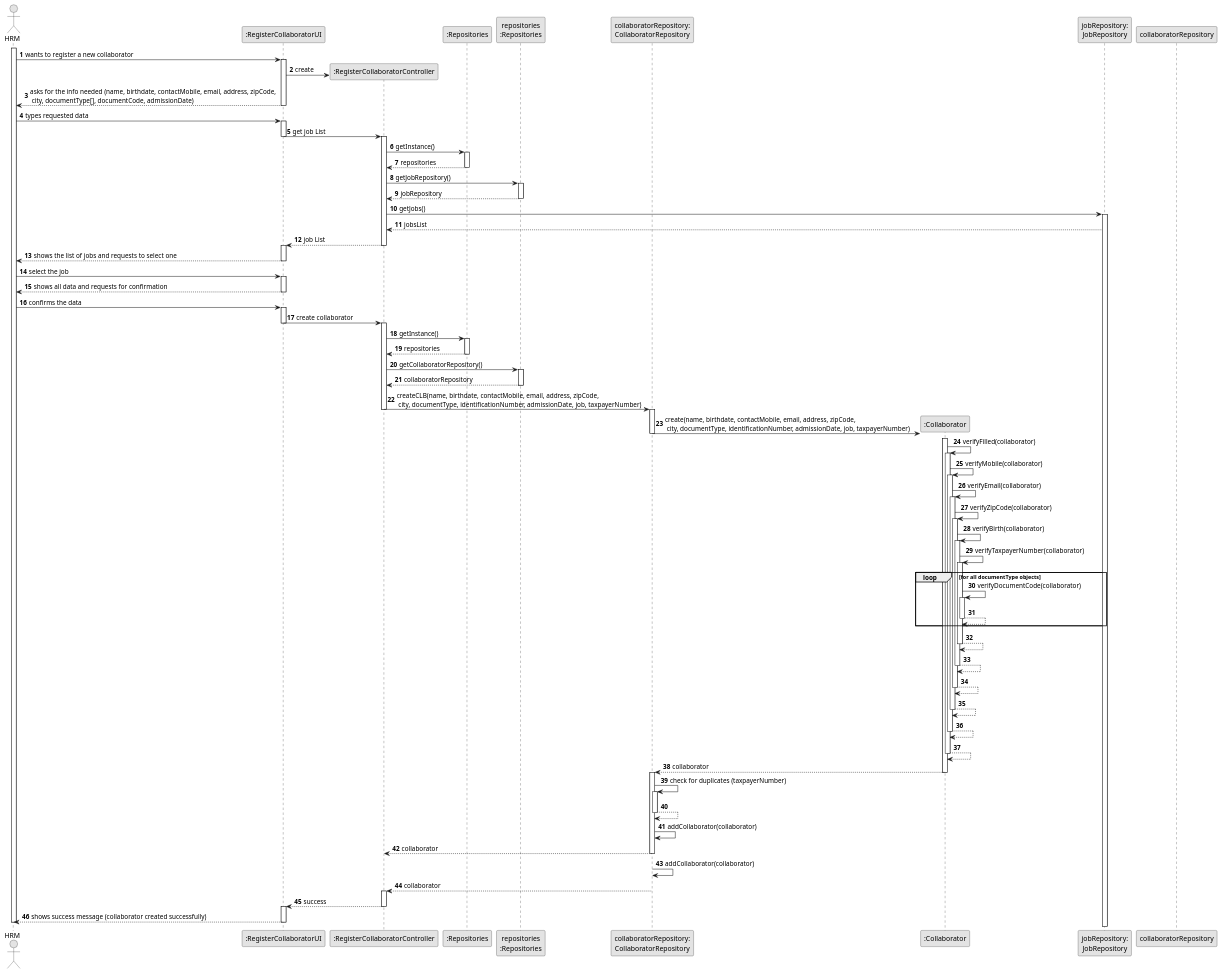
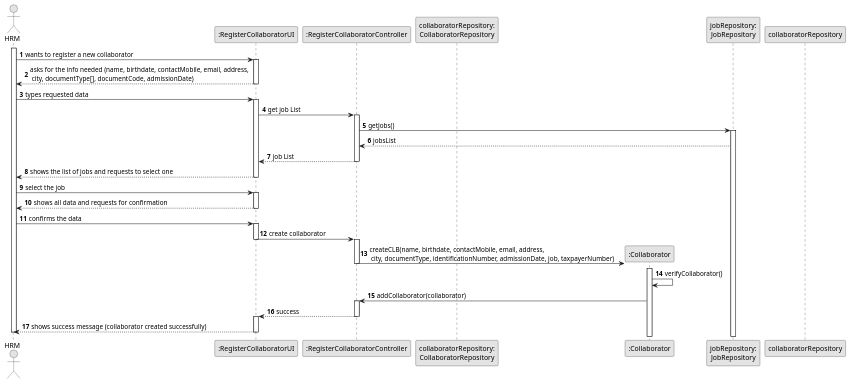
Before and after one commit to RicardoMorim/lapr2-ISEP-Project: the diagram in docs/sprintB/us003/03.design/puml/us003-sequence-diagram-full.puml, drawn with PlantUML.

Commit message:
Updated design of US003 (sequence-diagram-full)

```diff
--- a/docs/sprintB/us003/03.design/puml/us003-sequence-diagram-full.puml
+++ b/docs/sprintB/us003/03.design/puml/us003-sequence-diagram-full.puml
@@ -1,164 +1,90 @@
 @startuml
 skinparam monochrome true
 skinparam packageStyle rectangle
 skinparam shadowing false
 
 autonumber
 
 actor "HRM" as HRM
 participant ":RegisterCollaboratorUI" as UI
 participant ":RegisterCollaboratorController" as CTRL
-participant ":Repositories" as GlobRepo
-participant "repositories\n:Repositories" as PLAT
 participant "collaboratorRepository:\nCollaboratorRepository" as CLBREP
 participant ":Collaborator" as CLB
 participant "jobRepository:\nJobRepository" as jobRepository
 
 
 activate HRM
 
         HRM -> UI : wants to register a new collaborator
         activate UI
 
-        UI -> CTRL** : create
-
-        UI --> HRM : asks for the info needed (name, birthdate, contactMobile, email, address, zipCode, \n city, documentType[], documentCode, admissionDate)
+        UI --> HRM : asks for the info needed (name, birthdate, contactMobile, email, address, \n city, documentType[], documentCode, admissionDate)
         deactivate UI
 
         HRM -> UI : types requested data
         activate UI
 
         UI -> CTRL: get job List
-        deactivate UI
+
 
         activate CTRL
-
-            CTRL -> GlobRepo : getInstance()
-            activate GlobRepo
-
-            GlobRepo --> CTRL : repositories
-            deactivate GlobRepo
-
-            CTRL -> PLAT : getJobRepository()
-            activate PLAT
-
-            PLAT -->  CTRL: jobRepository
-            deactivate PLAT
 
             CTRL -> jobRepository : getJobs()
             activate jobRepository
 
             jobRepository --> CTRL : jobsList
             deactivate collaboratorRepository
 
 
             CTRL --> UI : job List
         deactivate CTRL
 
-        activate UI
+
 
         UI --> HRM : shows the list of jobs and requests to select one
         deactivate UI
 
 
         HRM -> UI : select the job
         activate UI
 
         UI --> HRM: shows all data and requests for confirmation
         deactivate UI
 
         HRM -> UI: confirms the data
         activate UI
 
         UI -> CTRL : create collaborator
 
         deactivate UI
 
         activate CTRL
 
-            CTRL -> GlobRepo : getInstance()
-            activate GlobRepo
-
-            GlobRepo --> CTRL : repositories
-            deactivate GlobRepo
-
-            CTRL -> PLAT : getCollaboratorRepository()
-            activate PLAT
-
-            PLAT -->  CTRL: collaboratorRepository
-            deactivate PLAT
-
-            CTRL -> CLBREP : createCLB(name, birthdate, contactMobile, email, address, zipCode,\n city, documentType, identificationNumber, admissionDate, job, taxpayerNumber)
+            CTRL -> CLB** : createCLB(name, birthdate, contactMobile, email, address,\n city, documentType, identificationNumber, admissionDate, job, taxpayerNumber)
         deactivate CTRL
 
-        activate CLBREP
-        CLBREP->CLB** : create(name, birthdate, contactMobile, email, address, zipCode,\n city, documentType, identificationNumber, admissionDate, job, taxpayerNumber)
-        deactivate CLBREP
+
 
         activate CLB
-        CLB -> CLB : verifyFilled(collaborator)
-        activate CLB
-        CLB -> CLB : verifyMobile(collaborator)
-        activate CLB
-        CLB -> CLB : verifyEmail(collaborator)
-        activate CLB
-        CLB -> CLB : verifyZipCode(collaborator)
-        activate CLB
-        CLB -> CLB : verifyBirth(collaborator)
-        activate CLB
-        CLB -> CLB : verifyTaxpayerNumber(collaborator)
-        activate CLB
+        CLB -> CLB : verifyCollaborator()
 
-        loop for all documentType objects
-            CLB -> CLB : verifyDocumentCode(collaborator)
-            activate CLB
 
-            CLB --> CLB
-            deactivate CLB
-        end loop
+        CLB -> CTRL: addCollaborator(collaborator)
 
-        CLB --> CLB
-        deactivate CLB
-        CLB --> CLB
-        deactivate CLB
-        CLB --> CLB
-        deactivate CLB
-        CLB --> CLB
-        deactivate CLB
-        CLB --> CLB
-        deactivate CLB
-        CLB --> CLB
-        deactivate CLB
 
-        CLB -->CLBREP : collaborator
-        deactivate CLB
-        activate CLBREP
-
-        CLBREP -> CLBREP : check for duplicates (taxpayerNumber)
-        activate CLBREP
-        CLBREP --> CLBREP
-        deactivate CLBREP
-
-        CLBREP -> CLBREP: addCollaborator(collaborator)
-        CLBREP --> CTRL : collaborator
-        deactivate CLBREP
-
-        CLBREP -> CLBREP: addCollaborator(collaborator)
-        CLBREP --> CTRL : collaborator
-        deactivate CLBREP
         activate CTRL
 
 
 
         CTRL --> UI : success
         deactivate CTRL
 
         activate UI
         UI --> HRM : shows success message (collaborator created successfully)
         deactivate UI
 
 
 deactivate HRM
 
 
 @enduml
```
